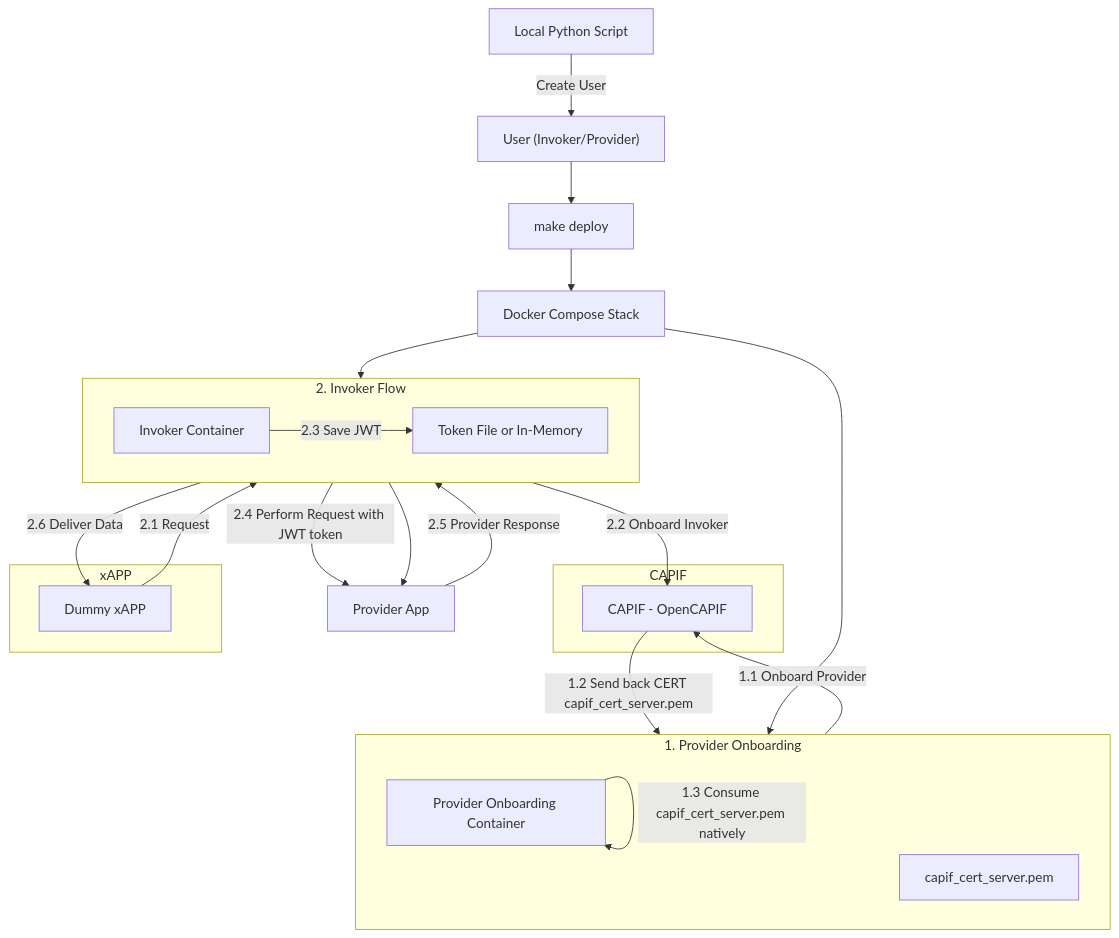
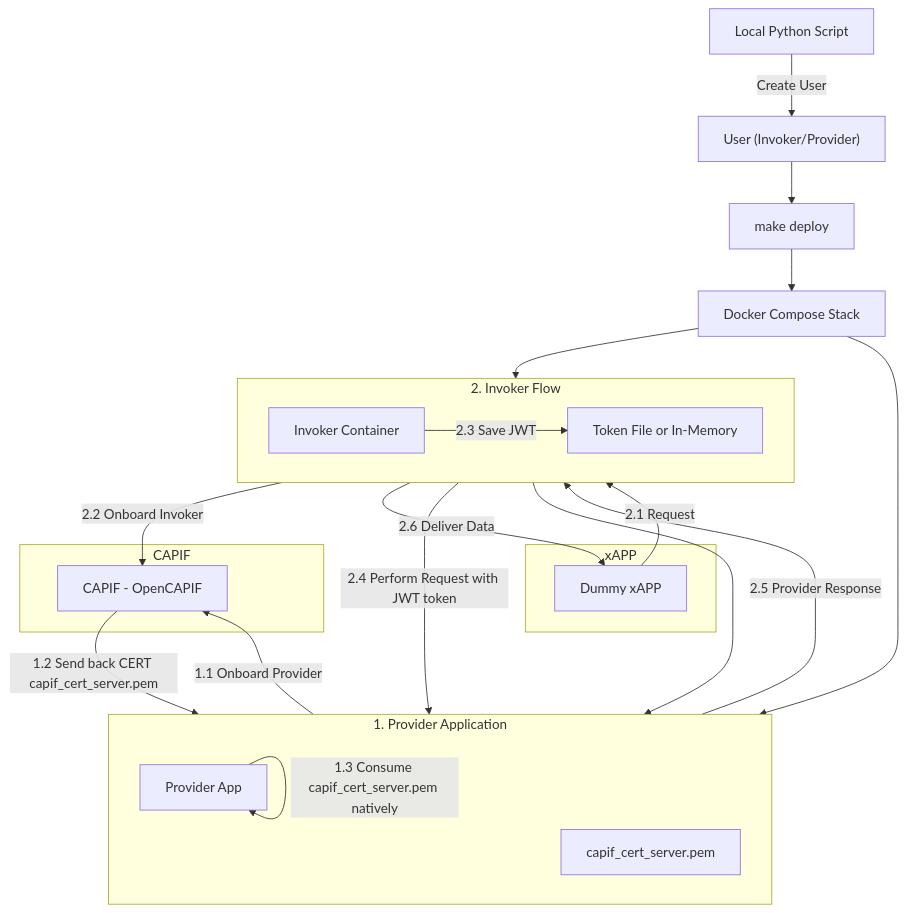
One commit to FRONT-research-group/ocf-net-app-integration changed the third of 3 diagrams in README.md. Above: the diagram before and after it, drawn with Mermaid.

Commit message:
Rename Provider Onboarding to Provider Application

````diff
--- a/README.md
+++ b/README.md
@@ -271,52 +271,51 @@
 ```mermaid
 flowchart TD
     %% User creation
     A[Local Python Script] -->|Create User| B["User (Invoker/Provider)"]
     B --> C[make deploy]
 
     %% Deployment stack
     C --> D[Docker Compose Stack]
 
     %% Independent CAPIF and xAPP
     subgraph CAPIFBlock [CAPIF]
         F[CAPIF - OpenCAPIF]
     end
     subgraph xAPPBlock [xAPP]
         K[Dummy xAPP]
     end
 
     %% Provider onboarding (top container)
-    subgraph Onboarding [1. Provider Onboarding]
+    subgraph Onboarding [1. Provider Application]
         direction LR
-        E[Provider Onboarding Container]
+        %% Independent Provider App
+        J[Provider App]
+        %%J[Provider Onboarding Process]
         G[capif_cert_server.pem]
-        E -->|1.3 Consume capif_cert_server.pem natively| E
-        E -->|1.1 Onboard Provider| F
-        F -->|1.2 Send back CERT capif_cert_server.pem| E
+        J -->|1.3 Consume capif_cert_server.pem natively| J
+        J -->|1.1 Onboard Provider| F
+        F -->|1.2 Send back CERT capif_cert_server.pem| J
     end
 
     %% Invoker onboarding (bottom container)
     subgraph Invoker [2. Invoker Flow]
         direction LR
         H[Invoker Container]
         I[Token File or In-Memory]
         H -->|2.2 Onboard Invoker| F
         H -->|2.3 Save JWT| I     
     end
-
-    %% Independent Provider App
-    J[Provider App]
 
     %% Connections from deployment
     D --> Onboarding
     D --> Invoker
 
     %% xAPP interaction (separate horizontal flow)
     K -->|2.1 Request| H
     H -->|2.4 Perform Request with JWT token| J
     J -->|2.5 Provider Response| H
     H -->|2.6 Deliver Data| K
     I --> J
 
 
 ```
````
